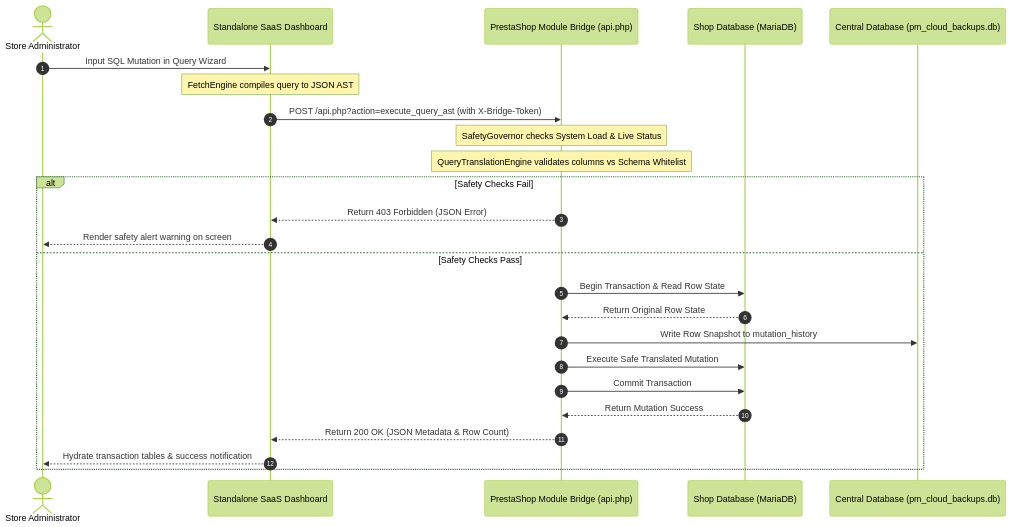
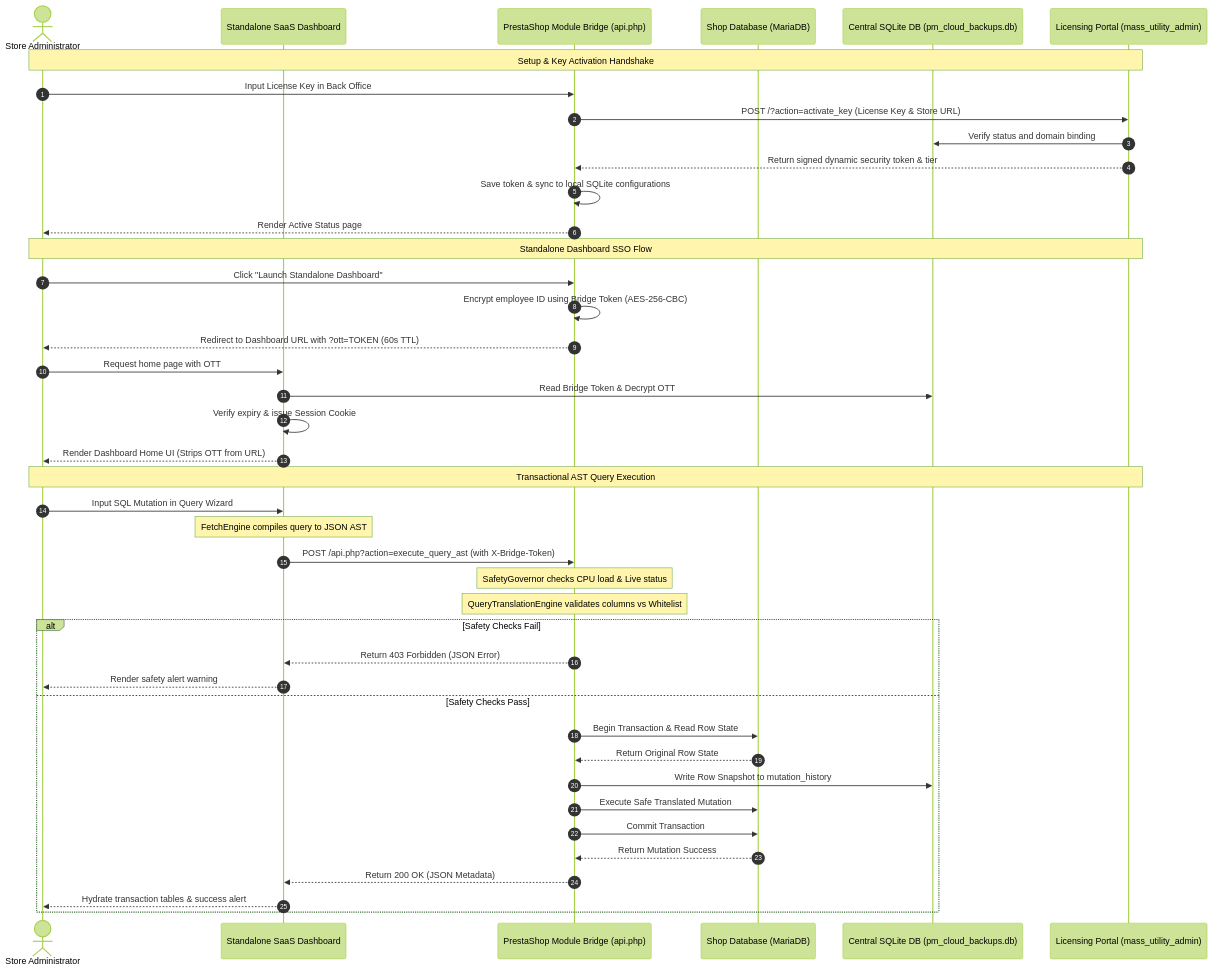
One commit to calin-m/Mass-Utility changed the diagram in README.md. Above: the diagram before and after it, drawn with Mermaid (forest theme). The commit also changed other lines of this file and 5 other files, not shown here.

````diff
--- a/README.md
+++ b/README.md
@@ -13,28 +18,47 @@
 ```mermaid
 sequenceDiagram
     autonumber
     actor Admin as Store Administrator
     participant Dashboard as Standalone SaaS Dashboard
     participant Bridge as PrestaShop Module Bridge (api.php)
     participant MySQL as Shop Database (MariaDB)
-    participant SQLite as Central Database (pm_cloud_backups.db)
+    participant SQLite as Central SQLite DB (pm_cloud_backups.db)
+    participant Licensing as Licensing Portal (mass_utility_admin)
 
+    Note over Admin, Licensing: Setup & Key Activation Handshake
+    Admin->>Bridge: Input License Key in Back Office
+    Bridge->>Licensing: POST /?action=activate_key (License Key & Store URL)
+    Licensing->>SQLite: Verify status and domain binding
+    Licensing-->>Bridge: Return signed dynamic security token & tier
+    Bridge->>Bridge: Save token & sync to local SQLite configurations
+    Bridge-->>Admin: Render Active Status page
+
+    Note over Admin, Licensing: Standalone Dashboard SSO Flow
+    Admin->>Bridge: Click "Launch Standalone Dashboard"
+    Bridge->>Bridge: Encrypt employee ID using Bridge Token (AES-256-CBC)
+    Bridge-->>Admin: Redirect to Dashboard URL with ?ott=TOKEN (60s TTL)
+    Admin->>Dashboard: Request home page with OTT
+    Dashboard->>SQLite: Read Bridge Token & Decrypt OTT
+    Dashboard->>Dashboard: Verify expiry & issue Session Cookie
+    Dashboard-->>Admin: Render Dashboard Home UI (Strips OTT from URL)
+
+    Note over Admin, Licensing: Transactional AST Query Execution
     Admin->>Dashboard: Input SQL Mutation in Query Wizard
     Note over Dashboard: FetchEngine compiles query to JSON AST
     Dashboard->>Bridge: POST /api.php?action=execute_query_ast (with X-Bridge-Token)
-    Note over Bridge: SafetyGovernor checks System Load & Live Status
-    Note over Bridge: QueryTranslationEngine validates columns vs Schema Whitelist
+    Note over Bridge: SafetyGovernor checks CPU load & Live status
+    Note over Bridge: QueryTranslationEngine validates columns vs Whitelist
     alt Safety Checks Fail
         Bridge-->>Dashboard: Return 403 Forbidden (JSON Error)
-        Dashboard-->>Admin: Render safety alert warning on screen
+        Dashboard-->>Admin: Render safety alert warning
     else Safety Checks Pass
         Bridge->>MySQL: Begin Transaction & Read Row State
         MySQL-->>Bridge: Return Original Row State
         Bridge->>SQLite: Write Row Snapshot to mutation_history
         Bridge->>MySQL: Execute Safe Translated Mutation
         Bridge->>MySQL: Commit Transaction
         MySQL-->>Bridge: Return Mutation Success
-        Bridge-->>Dashboard: Return 200 OK (JSON Metadata & Row Count)
-        Dashboard-->>Admin: Hydrate transaction tables & success notification
+        Bridge-->>Dashboard: Return 200 OK (JSON Metadata)
+        Dashboard-->>Admin: Hydrate transaction tables & success alert
     end
 ```
````
